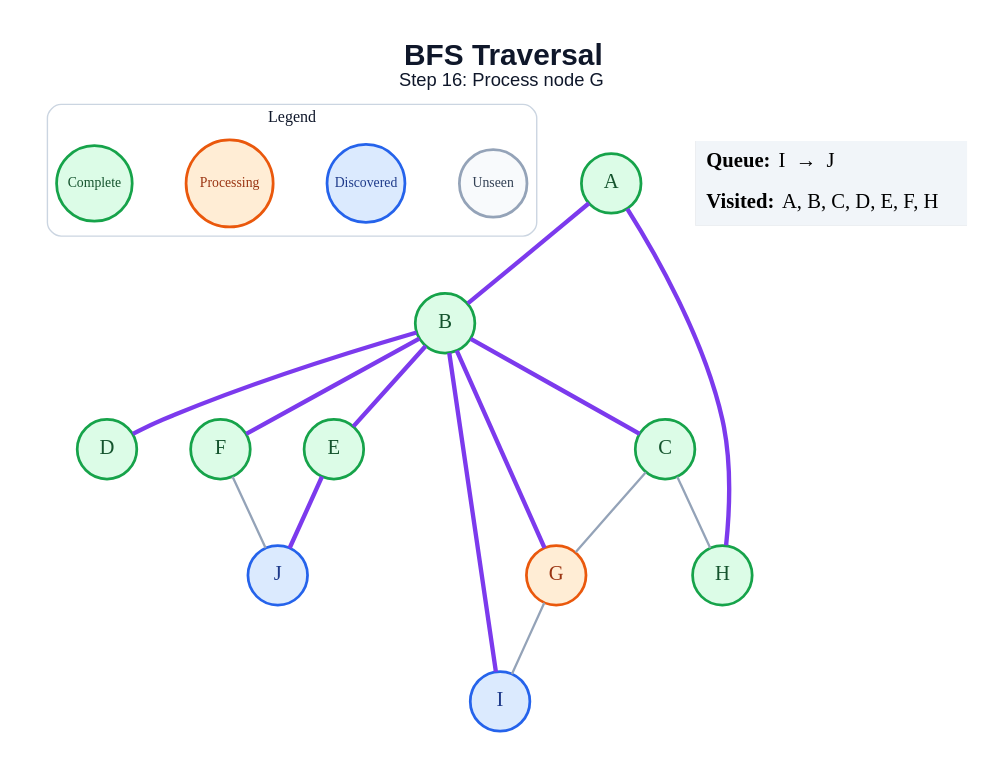
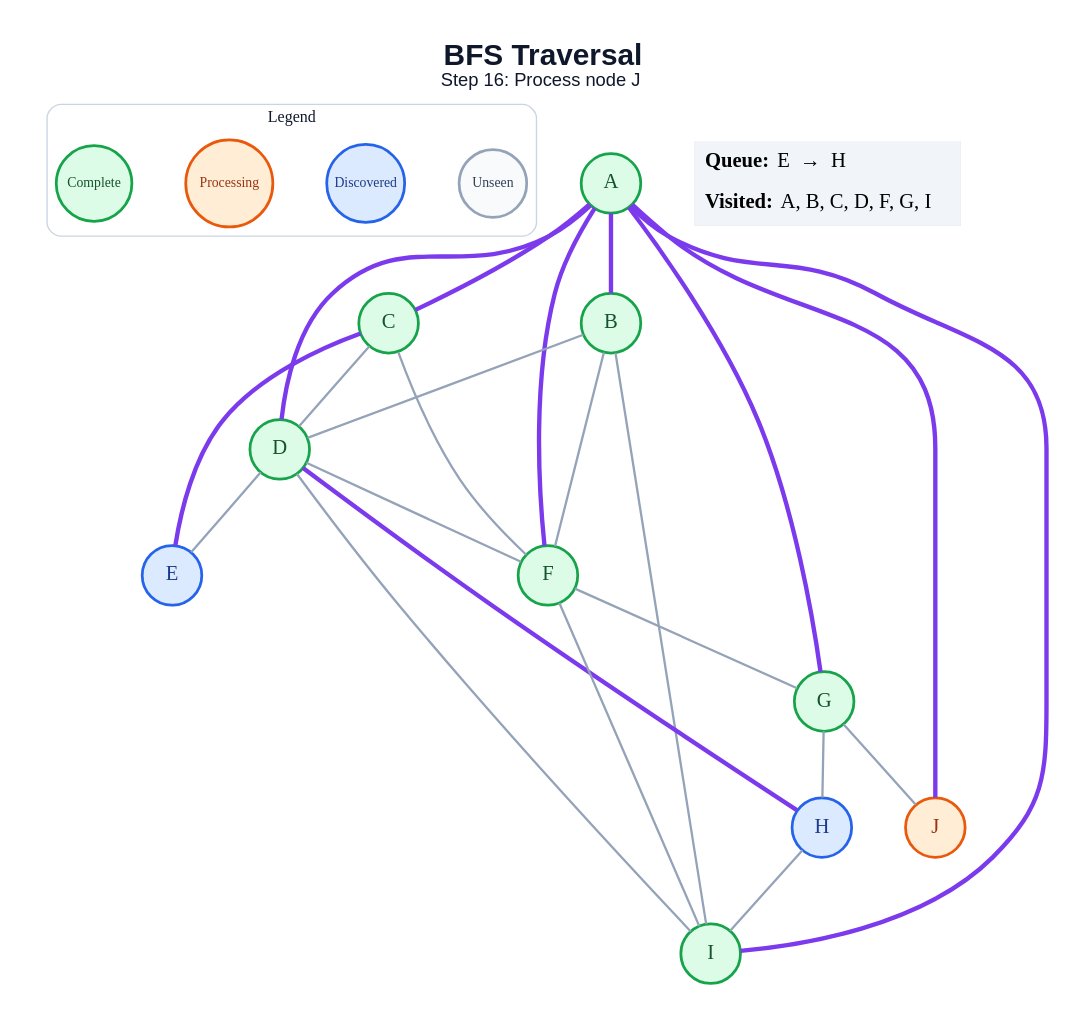
Before and after one commit to amanghodawala9/ai-slop: the diagram in generated/bfs/step_16.dot, drawn with Graphviz. The commit also changed 178 other files, not shown here.

```diff
--- a/generated/bfs/step_16.dot
+++ b/generated/bfs/step_16.dot
@@ -1,42 +1,51 @@
 graph traversal {
   graph [layout=dot, rankdir=TB, bgcolor="#FFFFFF", pad="0.35", nodesep="0.65", ranksep="0.8", fontname="Arial"];
   node [shape=circle, style="filled", fontname="Arial Bold", fontsize=18, width=0.72, fixedsize=true, penwidth=2.4];
   edge [color="#94A3B8", penwidth=2.0];
-  label=<<B>BFS Traversal</B><BR/><FONT POINT-SIZE="16">Step 16: Process node G</FONT>>; labelloc="t"; fontsize=26; fontname="Arial"; fontcolor="#0F172A";
+  label=<<B>BFS Traversal</B><BR/><FONT POINT-SIZE="16">Step 16: Process node J</FONT>>; labelloc="t"; fontsize=26; fontname="Arial"; fontcolor="#0F172A";
   subgraph cluster_legend { label="Legend"; color="#CBD5E1"; penwidth=1.2; style="rounded"; fontsize=14; fontname="Arial Bold";
     key_unseen [label="Unseen", fillcolor="#F8FAFC", color="#94A3B8", fontcolor="#334155", fontsize=12, width=0.82];
     key_frontier [label="Discovered", fillcolor="#DBEAFE", color="#2563EB", fontcolor="#1E3A8A", fontsize=12, width=0.95];
     key_current [label="Processing", fillcolor="#FFEDD5", color="#EA580C", fontcolor="#9A3412", fontsize=12, width=1.05];
     key_done [label="Complete", fillcolor="#DCFCE7", color="#16A34A", fontcolor="#14532D", fontsize=12, width=0.92];
     { rank=same; key_unseen; key_frontier; key_current; key_done; }
   }
   A [fillcolor="#DCFCE7", color="#16A34A", fontcolor="#14532D"];
   B [fillcolor="#DCFCE7", color="#16A34A", fontcolor="#14532D"];
   C [fillcolor="#DCFCE7", color="#16A34A", fontcolor="#14532D"];
   D [fillcolor="#DCFCE7", color="#16A34A", fontcolor="#14532D"];
-  E [fillcolor="#DCFCE7", color="#16A34A", fontcolor="#14532D"];
+  E [fillcolor="#DBEAFE", color="#2563EB", fontcolor="#1E3A8A"];
   F [fillcolor="#DCFCE7", color="#16A34A", fontcolor="#14532D"];
-  G [fillcolor="#FFEDD5", color="#EA580C", fontcolor="#9A3412"];
-  H [fillcolor="#DCFCE7", color="#16A34A", fontcolor="#14532D"];
-  I [fillcolor="#DBEAFE", color="#2563EB", fontcolor="#1E3A8A"];
-  J [fillcolor="#DBEAFE", color="#2563EB", fontcolor="#1E3A8A"];
+  G [fillcolor="#DCFCE7", color="#16A34A", fontcolor="#14532D"];
+  H [fillcolor="#DBEAFE", color="#2563EB", fontcolor="#1E3A8A"];
+  I [fillcolor="#DCFCE7", color="#16A34A", fontcolor="#14532D"];
+  J [fillcolor="#FFEDD5", color="#EA580C", fontcolor="#9A3412"];
   A -- B [color="#7C3AED", penwidth=3.8];
-  A -- H [color="#7C3AED", penwidth=3.8];
-  B -- C [color="#7C3AED", penwidth=3.8];
-  B -- D [color="#7C3AED", penwidth=3.8];
-  B -- E [color="#7C3AED", penwidth=3.8];
-  B -- F [color="#7C3AED", penwidth=3.8];
-  B -- G [color="#7C3AED", penwidth=3.8];
-  B -- I [color="#7C3AED", penwidth=3.8];
-  C -- G;
-  C -- H;
-  E -- J [color="#7C3AED", penwidth=3.8];
-  F -- J;
-  G -- I;
+  A -- C [color="#7C3AED", penwidth=3.8];
+  A -- D [color="#7C3AED", penwidth=3.8];
+  A -- F [color="#7C3AED", penwidth=3.8];
+  A -- G [color="#7C3AED", penwidth=3.8];
+  A -- I [color="#7C3AED", penwidth=3.8];
+  A -- J [color="#7C3AED", penwidth=3.8];
+  B -- D;
+  B -- F;
+  B -- I;
+  C -- D;
+  C -- E [color="#7C3AED", penwidth=3.8];
+  C -- F;
+  D -- E;
+  D -- F;
+  D -- H [color="#7C3AED", penwidth=3.8];
+  D -- I;
+  F -- G;
+  F -- I;
+  G -- H;
+  G -- J;
+  H -- I;
   status [shape=plain, fixedsize=false, width=0, height=0, margin=0, label=<
     <TABLE BORDER="0" CELLBORDER="0" CELLPADDING="7" BGCOLOR="#F1F5F9">
-      <TR><TD ALIGN="LEFT"><B>Queue:</B> I  →  J</TD></TR>
-      <TR><TD ALIGN="LEFT"><B>Visited:</B> A, B, C, D, E, F, H</TD></TR>
+      <TR><TD ALIGN="LEFT"><B>Queue:</B> E  →  H</TD></TR>
+      <TR><TD ALIGN="LEFT"><B>Visited:</B> A, B, C, D, F, G, I</TD></TR>
     </TABLE>
   >];
 }
```
